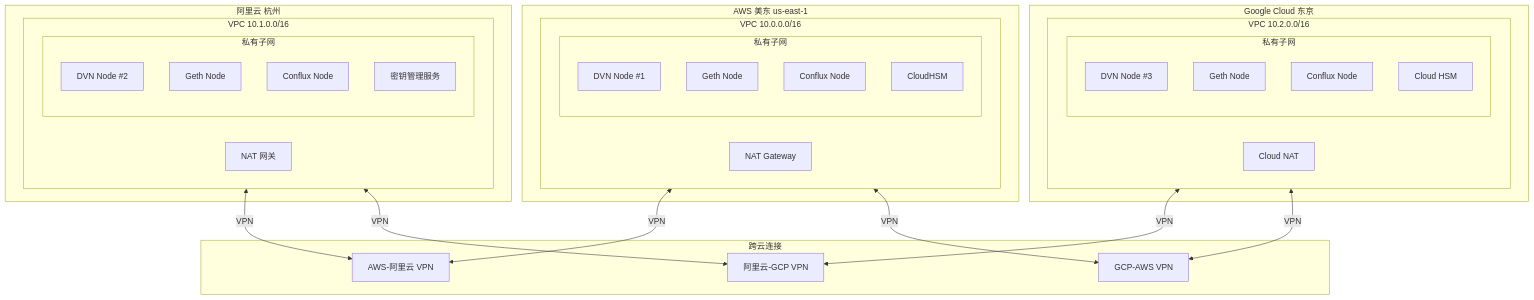
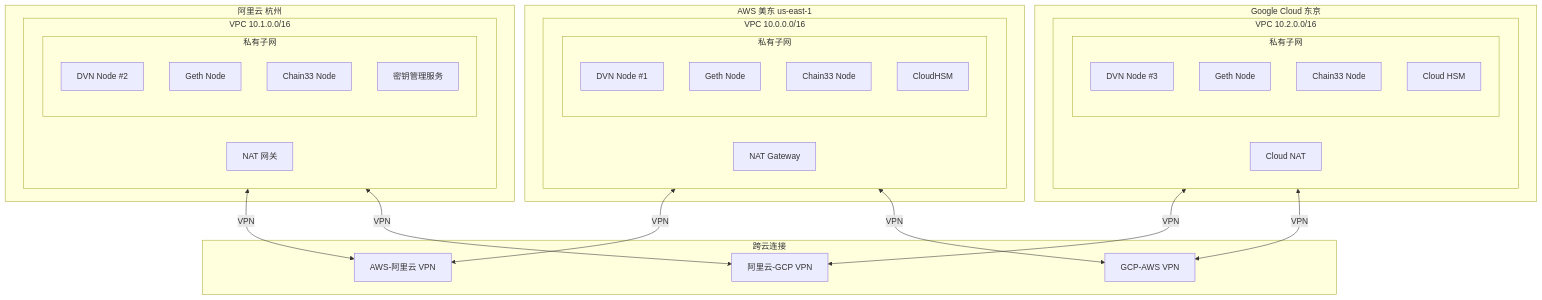
The second of 3 diagrams in LayerZero_跨链部署方案/03_DVN节点部署.md (vipwzw/blockchain-doc), drawn with Mermaid before and after one commit. The commit also changed other lines of this file and 9 other files, not shown here.

First line of the commit message:
refactor(LayerZero): 将 Conflux/CFX 替换为 Chain33/Coin33

````diff
--- a/LayerZero_跨链部署方案/03_DVN节点部署.md
+++ b/LayerZero_跨链部署方案/03_DVN节点部署.md
@@ -51,51 +51,51 @@
 ```mermaid
 flowchart TB
     subgraph AWS["AWS 美东 us-east-1"]
         subgraph AWSVPC["VPC 10.0.0.0/16"]
             subgraph AWSPrivate["私有子网"]
                 DVN1[DVN Node #1]
                 ETH1[Geth Node]
-                CFX1[Conflux Node]
+                Coin331[Chain33 Node]
                 HSM1[CloudHSM]
             end
             AWSNAT[NAT Gateway]
         end
     end
 
     subgraph Aliyun["阿里云 杭州"]
         subgraph AliVPC["VPC 10.1.0.0/16"]
             subgraph AliPrivate["私有子网"]
                 DVN2[DVN Node #2]
                 ETH2[Geth Node]
-                CFX2[Conflux Node]
+                Coin332[Chain33 Node]
                 HSM2[密钥管理服务]
             end
             AliNAT[NAT 网关]
         end
     end
 
     subgraph GCP["Google Cloud 东京"]
         subgraph GCPVPC["VPC 10.2.0.0/16"]
             subgraph GCPPrivate["私有子网"]
                 DVN3[DVN Node #3]
                 ETH3[Geth Node]
-                CFX3[Conflux Node]
+                Coin333[Chain33 Node]
                 HSM3[Cloud HSM]
             end
             GCPNAT[Cloud NAT]
         end
     end
 
     subgraph CrossCloud["跨云连接"]
         VPN1[AWS-阿里云 VPN]
         VPN2[阿里云-GCP VPN]
         VPN3[GCP-AWS VPN]
     end
 
     AWSVPC <-->|VPN| VPN1
     AliVPC <-->|VPN| VPN1
     AliVPC <-->|VPN| VPN2
     GCPVPC <-->|VPN| VPN2
     GCPVPC <-->|VPN| VPN3
     AWSVPC <-->|VPN| VPN3
 ```
````
